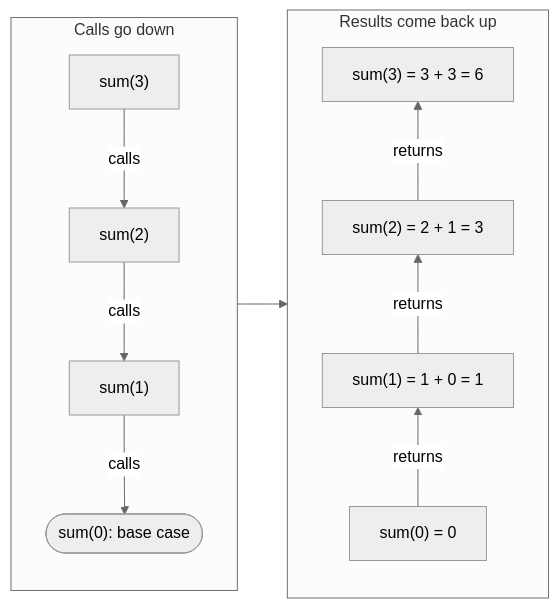
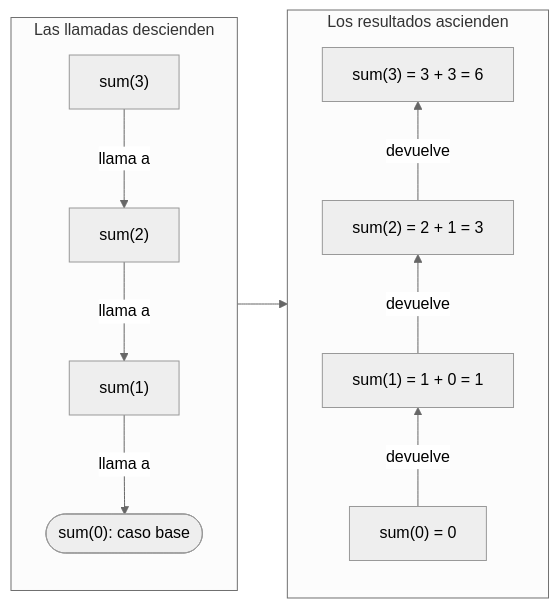
The first of 4 diagrams in lessons/informatica/03-flujo-de-control-y-continuaciones.md (dullroar/aprende-a-programar-como-un-bicho-raro), drawn with Mermaid (neutral theme) before and after one commit. The commit also changed other lines of this file and 31 other files, not shown here.

````diff
--- a/lessons/informatica/03-flujo-de-control-y-continuaciones.md
+++ b/lessons/informatica/03-flujo-de-control-y-continuaciones.md
@@ -92,14 +92,14 @@
 ```mermaid
 flowchart LR
-    accTitle: Recursion moves toward a base case, then unwinds with the accumulated results
-    accDescr: Two columns for sum of 3. The left column, read downward, shows the calls moving inward. Sum of 3 calls sum of 2, which calls sum of 1, which calls sum of 0. Sum of 0 is the base case and returns 0 without calling anything. The right column, read upward, shows the results coming back outward. Sum of 1 is 1 plus 0, which is 1. Sum of 2 is 2 plus 1, which is 3. Sum of 3 is 3 plus 3, which is 6.
-    subgraph DOWN["Calls go down"]
+    accTitle: La recursión avanza hacia un caso base y luego retrocede con los resultados acumulados
+    accDescr: Dos columnas para la suma hasta 3. La columna izquierda, leída hacia abajo, muestra las llamadas que avanzan hacia adentro. La suma hasta 3 llama a la suma hasta 2, que llama a la suma hasta 1, que llama a la suma hasta 0. La suma hasta 0 es el caso base y devuelve 0 sin llamar a nada. La columna derecha, leída hacia arriba, muestra los resultados que vuelven hacia afuera. La suma hasta 1 es 1 más 0, que es 1. La suma hasta 2 es 2 más 1, que es 3. La suma hasta 3 es 3 más 3, que es 6.
+    subgraph DOWN["Las llamadas descienden"]
         direction TB
-        n3["sum(3)"] -->|calls| n2["sum(2)"] -->|calls| n1["sum(1)"] -->|calls| n0(["sum(0): base case"])
+        n3["sum(3)"] -->|llama a| n2["sum(2)"] -->|llama a| n1["sum(1)"] -->|llama a| n0(["sum(0): caso base"])
     end
-    subgraph UP["Results come back up"]
+    subgraph UP["Los resultados ascienden"]
         direction BT
-        u0["sum(0) = 0"] -->|returns| u1["sum(1) = 1 + 0 = 1"] -->|returns| u2["sum(2) = 2 + 1 = 3"] -->|returns| u3["sum(3) = 3 + 3 = 6"]
+        u0["sum(0) = 0"] -->|devuelve| u1["sum(1) = 1 + 0 = 1"] -->|devuelve| u2["sum(2) = 2 + 1 = 3"] -->|devuelve| u3["sum(3) = 3 + 3 = 6"]
     end
     DOWN --> UP
 ```
````
